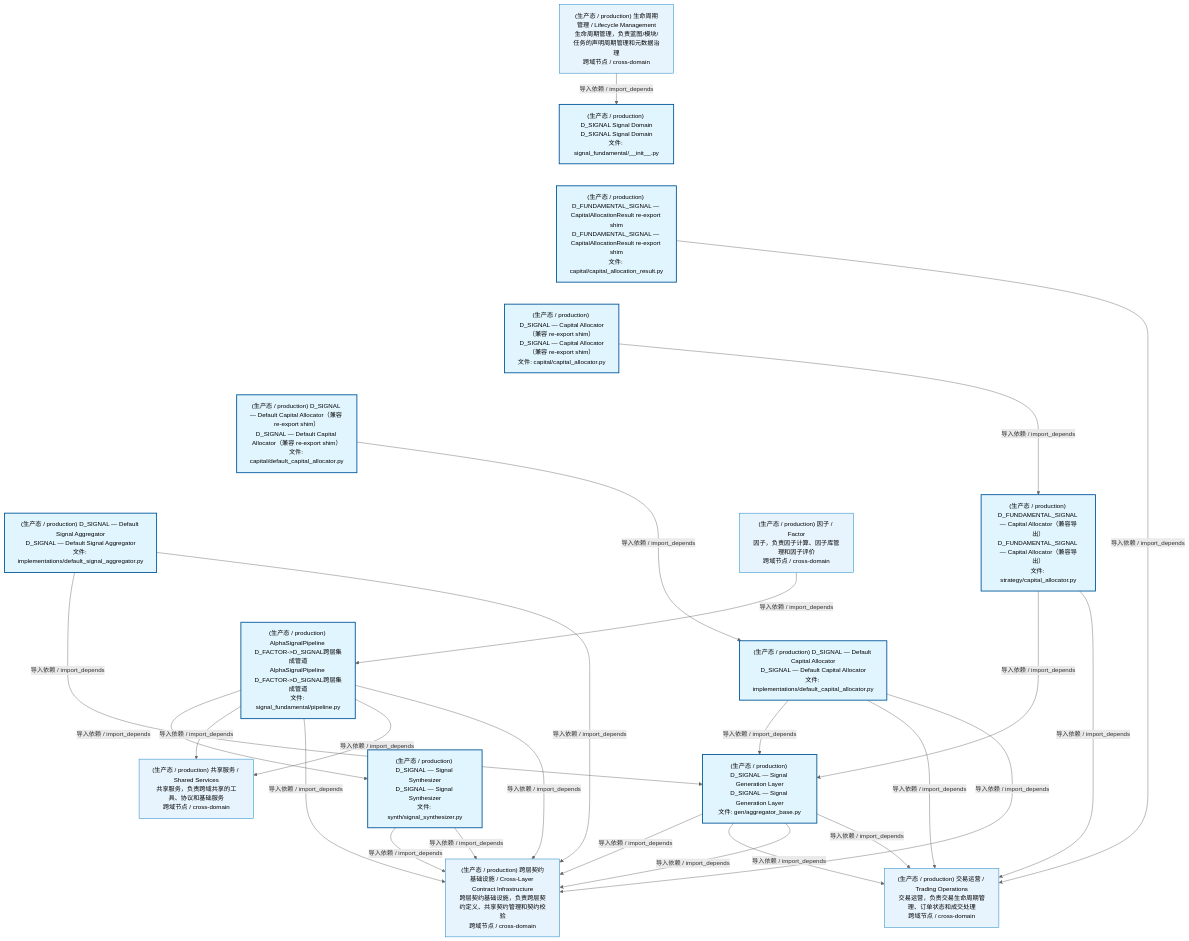
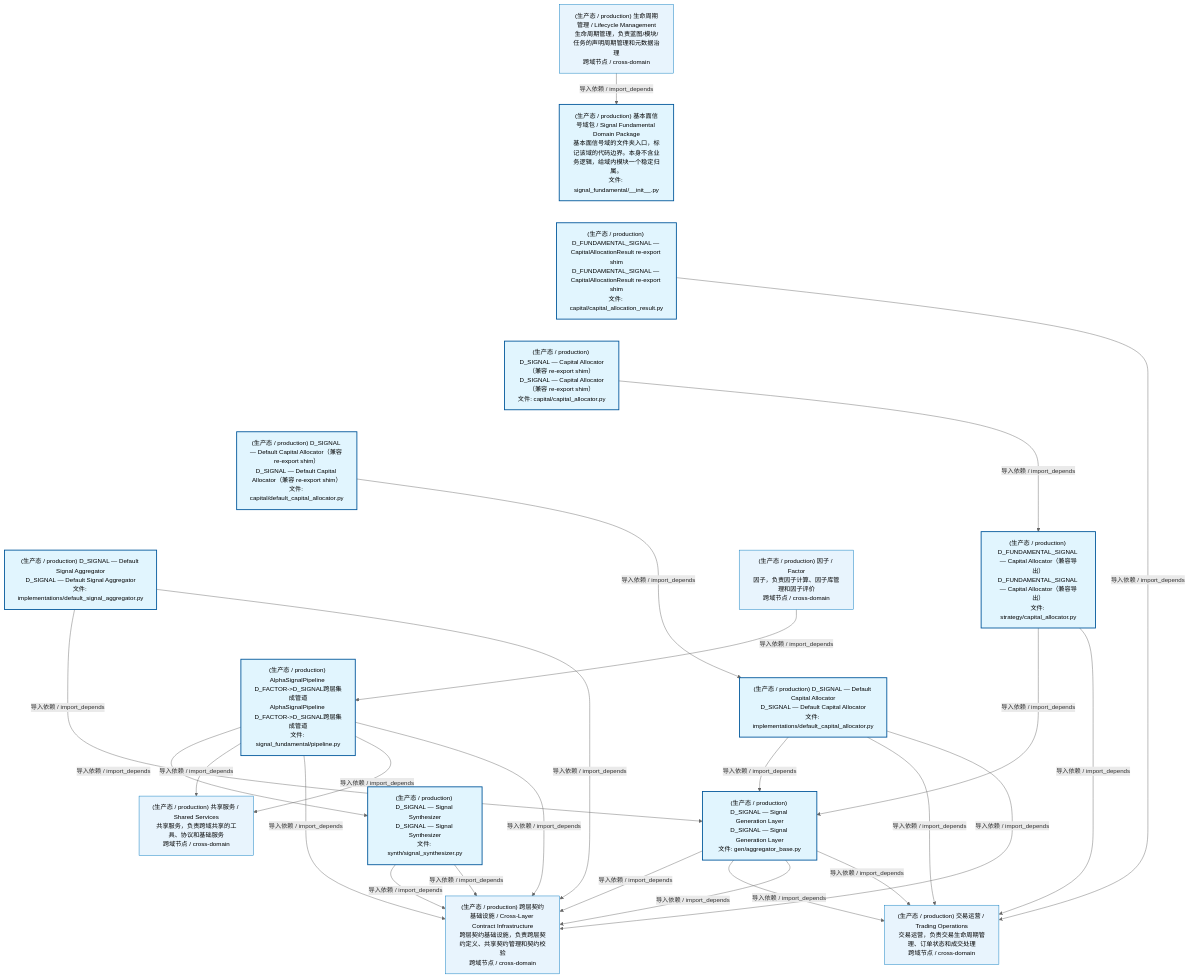
The first of 2 diagrams in docs/02_enterprise_architecture/02_domain_architecture_docs/48_d_fundamental_signal.md (xuanFelixVan/ZephyrAlpha), drawn with Mermaid before and after one commit. The commit also changed other lines of this file and 54 other files, not shown here.

````diff
--- a/docs/02_enterprise_architecture/02_domain_architecture_docs/48_d_fundamental_signal.md
+++ b/docs/02_enterprise_architecture/02_domain_architecture_docs/48_d_fundamental_signal.md
@@ -53,55 +53,55 @@
 ```mermaid
 %%{init: {'theme': 'base', 'themeVariables': {'primaryColor': '#eaeaea', 'primaryTextColor': '#333333', 'primaryBorderColor': '#666666', 'lineColor': '#666666', 'secondaryColor': '#eaeaea', 'tertiaryColor': '#eaeaea', 'fontSize': '14px'}}}%%
 flowchart TD
-    src_zephyr_signal_fundamental_init_py["(生产态 / production) D_SIGNAL Signal Domain<br/>D_SIGNAL Signal Domain<br/>文件: signal_fundamental/__init__.py"]
+    src_zephyr_signal_fundamental_init_py["(生产态 / production) 基本面信号域包 / Signal Fundamental Domain Package<br/>基本面信号域的文件夹入口，标记该域的代码边界。本身不含业务逻辑，给域内模块一个稳定归属。<br/>文件: signal_fundamental/__init__.py"]
     src_zephyr_signal_fundamental_capital_capital_allocation_result_py["(生产态 / production) D_FUNDAMENTAL_SIGNAL — CapitalAllocationResult re-export shim<br/>D_FUNDAMENTAL_SIGNAL — CapitalAllocationResult re-export shim<br/>文件: capital/capital_allocation_result.py"]
     src_zephyr_signal_fundamental_capital_capital_allocator_py["(生产态 / production) D_SIGNAL — Capital Allocator（兼容 re-export shim）<br/>D_SIGNAL — Capital Allocator（兼容 re-export shim）<br/>文件: capital/capital_allocator.py"]
     src_zephyr_signal_fundamental_capital_default_capital_allocator_py["(生产态 / production) D_SIGNAL — Default Capital Allocator（兼容 re-export shim）<br/>D_SIGNAL — Default Capital Allocator（兼容 re-export shim）<br/>文件: capital/default_capital_allocator.py"]
     src_zephyr_signal_fundamental_gen_implementations_default_signal_aggregator_py["(生产态 / production) D_SIGNAL — Default Signal Aggregator<br/>D_SIGNAL — Default Signal Aggregator<br/>文件: implementations/default_signal_aggregator.py"]
     src_zephyr_signal_fundamental_pipeline_py["(生产态 / production) AlphaSignalPipeline D_FACTOR->D_SIGNAL跨层集成管道<br/>AlphaSignalPipeline D_FACTOR->D_SIGNAL跨层集成管道<br/>文件: signal_fundamental/pipeline.py"]
     src_zephyr_signal_fundamental_init_py ~~~ src_zephyr_signal_fundamental_capital_capital_allocation_result_py
     src_zephyr_signal_fundamental_capital_capital_allocation_result_py ~~~ src_zephyr_signal_fundamental_capital_capital_allocator_py
     src_zephyr_signal_fundamental_capital_capital_allocator_py ~~~ src_zephyr_signal_fundamental_capital_default_capital_allocator_py
     src_zephyr_signal_fundamental_capital_default_capital_allocator_py ~~~ src_zephyr_signal_fundamental_gen_implementations_default_signal_aggregator_py
     src_zephyr_signal_fundamental_gen_implementations_default_signal_aggregator_py ~~~ src_zephyr_signal_fundamental_pipeline_py
     src_zephyr_signal_fundamental_strategy_capital_allocator_py["(生产态 / production) D_FUNDAMENTAL_SIGNAL — Capital Allocator（兼容导出）<br/>D_FUNDAMENTAL_SIGNAL — Capital Allocator（兼容导出）<br/>文件: strategy/capital_allocator.py"]
     src_zephyr_signal_fundamental_strategy_implementations_default_capital_allocator_py["(生产态 / production) D_SIGNAL — Default Capital Allocator<br/>D_SIGNAL — Default Capital Allocator<br/>文件: implementations/default_capital_allocator.py"]
     src_zephyr_signal_fundamental_synth_signal_synthesizer_py["(生产态 / production) D_SIGNAL — Signal Synthesizer<br/>D_SIGNAL — Signal Synthesizer<br/>文件: synth/signal_synthesizer.py"]
     src_zephyr_signal_fundamental_strategy_capital_allocator_py ~~~ src_zephyr_signal_fundamental_strategy_implementations_default_capital_allocator_py
     src_zephyr_signal_fundamental_strategy_implementations_default_capital_allocator_py ~~~ src_zephyr_signal_fundamental_synth_signal_synthesizer_py
     src_zephyr_signal_fundamental_gen_aggregator_base_py["(生产态 / production) D_SIGNAL — Signal Generation Layer<br/>D_SIGNAL — Signal Generation Layer<br/>文件: gen/aggregator_base.py"]
     src_zephyr_signal_fundamental_pipeline_py -->|导入依赖 / import_depends| src_zephyr_signal_fundamental_synth_signal_synthesizer_py
     src_zephyr_signal_fundamental_capital_default_capital_allocator_py -->|导入依赖 / import_depends| src_zephyr_signal_fundamental_strategy_implementations_default_capital_allocator_py
     src_zephyr_signal_fundamental_capital_capital_allocator_py -->|导入依赖 / import_depends| src_zephyr_signal_fundamental_strategy_capital_allocator_py
     src_zephyr_signal_fundamental_gen_implementations_default_signal_aggregator_py -->|导入依赖 / import_depends| src_zephyr_signal_fundamental_gen_aggregator_base_py
     src_zephyr_signal_fundamental_strategy_implementations_default_capital_allocator_py -->|导入依赖 / import_depends| src_zephyr_signal_fundamental_gen_aggregator_base_py
     src_zephyr_signal_fundamental_strategy_capital_allocator_py -->|导入依赖 / import_depends| src_zephyr_signal_fundamental_gen_aggregator_base_py
     D_INFRASTRUCTURE["(生产态 / production) 跨层契约基础设施 / Cross-Layer Contract Infrastructure<br/>跨层契约基础设施，负责跨层契约定义、共享契约管理和契约校验<br/>跨域节点 / cross-domain"]
     src_zephyr_signal_fundamental_synth_signal_synthesizer_py -->|导入依赖 / import_depends| D_INFRASTRUCTURE
     D_TRADING["(生产态 / production) 交易运营 / Trading Operations<br/>交易运营，负责交易生命周期管理、订单状态和成交处理<br/>跨域节点 / cross-domain"]
     src_zephyr_signal_fundamental_capital_capital_allocation_result_py -->|导入依赖 / import_depends| D_TRADING
     D_SHARED["(生产态 / production) 共享服务 / Shared Services<br/>共享服务，负责跨域共享的工具、协议和基础服务<br/>跨域节点 / cross-domain"]
     src_zephyr_signal_fundamental_pipeline_py -->|导入依赖 / import_depends| D_SHARED
     src_zephyr_signal_fundamental_strategy_implementations_default_capital_allocator_py -->|导入依赖 / import_depends| D_TRADING
     src_zephyr_signal_fundamental_gen_aggregator_base_py -->|导入依赖 / import_depends| D_INFRASTRUCTURE
     src_zephyr_signal_fundamental_pipeline_py -->|导入依赖 / import_depends| D_INFRASTRUCTURE
     src_zephyr_signal_fundamental_strategy_implementations_default_capital_allocator_py -->|导入依赖 / import_depends| D_INFRASTRUCTURE
     src_zephyr_signal_fundamental_gen_implementations_default_signal_aggregator_py -->|导入依赖 / import_depends| D_INFRASTRUCTURE
     src_zephyr_signal_fundamental_synth_signal_synthesizer_py -->|导入依赖 / import_depends| D_INFRASTRUCTURE
     src_zephyr_signal_fundamental_gen_aggregator_base_py -->|导入依赖 / import_depends| D_TRADING
     src_zephyr_signal_fundamental_gen_aggregator_base_py -->|导入依赖 / import_depends| D_INFRASTRUCTURE
     src_zephyr_signal_fundamental_gen_aggregator_base_py -->|导入依赖 / import_depends| D_TRADING
     src_zephyr_signal_fundamental_pipeline_py -->|导入依赖 / import_depends| D_SHARED
     src_zephyr_signal_fundamental_pipeline_py -->|导入依赖 / import_depends| D_INFRASTRUCTURE
     src_zephyr_signal_fundamental_strategy_capital_allocator_py -->|导入依赖 / import_depends| D_TRADING
     D_FACTOR["(生产态 / production) 因子 / Factor<br/>因子，负责因子计算、因子库管理和因子评价<br/>跨域节点 / cross-domain"]
     D_FACTOR -->|导入依赖 / import_depends| src_zephyr_signal_fundamental_pipeline_py
     D_GOVERNANCE["(生产态 / production) 生命周期管理 / Lifecycle Management<br/>生命周期管理，负责蓝图/模块/任务的声明周期管理和元数据治理<br/>跨域节点 / cross-domain"]
     D_GOVERNANCE -->|导入依赖 / import_depends| src_zephyr_signal_fundamental_init_py
     classDef production fill:#e1f5fe,stroke:#01579b,stroke-width:2px,color:#000
     classDef design fill:#fff3e0,stroke:#e65100,stroke-width:2px,color:#000,stroke-dasharray: 5 5
     classDef external_prod fill:#e8f4fd,stroke:#0277bd,stroke-width:1px,color:#000
     classDef external_design fill:#fff8e7,stroke:#ef6c00,stroke-width:1px,color:#000,stroke-dasharray: 5 5
     class src_zephyr_signal_fundamental_init_py,src_zephyr_signal_fundamental_capital_capital_allocation_result_py,src_zephyr_signal_fundamental_capital_capital_allocator_py,src_zephyr_signal_fundamental_capital_default_capital_allocator_py,src_zephyr_signal_fundamental_gen_aggregator_base_py,src_zephyr_signal_fundamental_gen_implementations_default_signal_aggregator_py,src_zephyr_signal_fundamental_pipeline_py,src_zephyr_signal_fundamental_strategy_capital_allocator_py,src_zephyr_signal_fundamental_strategy_implementations_default_capital_allocator_py,src_zephyr_signal_fundamental_synth_signal_synthesizer_py production
     class D_INFRASTRUCTURE,D_TRADING,D_SHARED,D_FACTOR,D_GOVERNANCE external_prod
 ```
````
